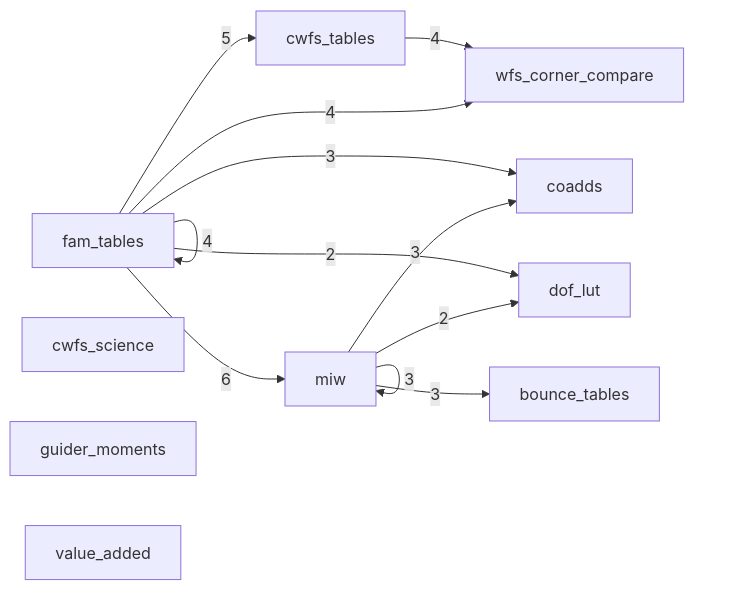
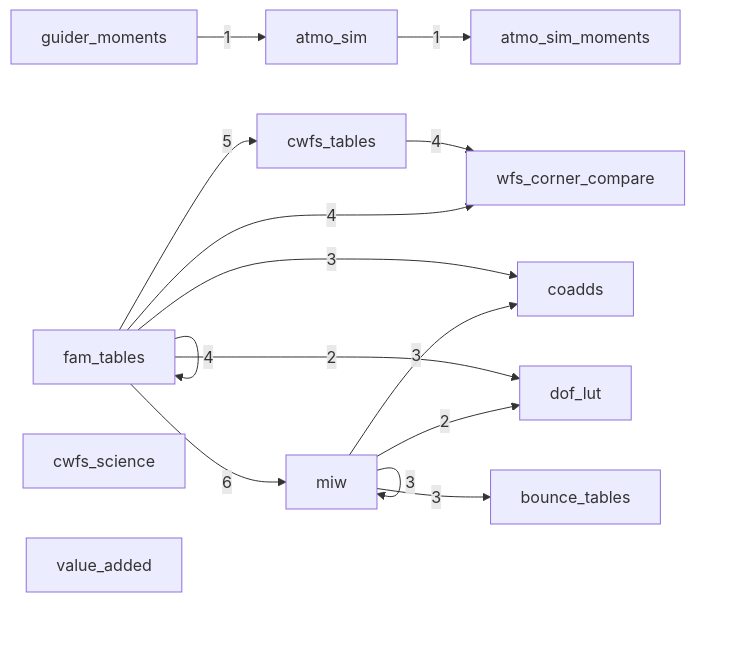
One commit to aaronroodman/rubin-work changed the diagram in PRODUCT_MAP.md. Above: the diagram before and after it, drawn with Mermaid. The commit also changed other lines of this file and 18 other files, not shown here.

First line of the commit message:
atmo_sim, atmo_sim_moments products; guider_atmo_sim 688 rerun

````diff
--- a/PRODUCT_MAP.md
+++ b/PRODUCT_MAP.md
@@ -13,17 +13,18 @@
 ```mermaid
 flowchart LR
+    atmo_sim -->|1| atmo_sim_moments
     cwfs_tables -->|4| wfs_corner_compare
     fam_tables -->|3| coadds
     fam_tables -->|5| cwfs_tables
     fam_tables -->|2| dof_lut
     fam_tables -->|4| fam_tables
     fam_tables -->|6| miw
     fam_tables -->|4| wfs_corner_compare
+    guider_moments -->|1| atmo_sim
     miw -->|3| bounce_tables
     miw -->|3| coadds
     miw -->|2| dof_lut
     miw -->|3| miw
     cwfs_science
-    guider_moments
     value_added
 ```
````
